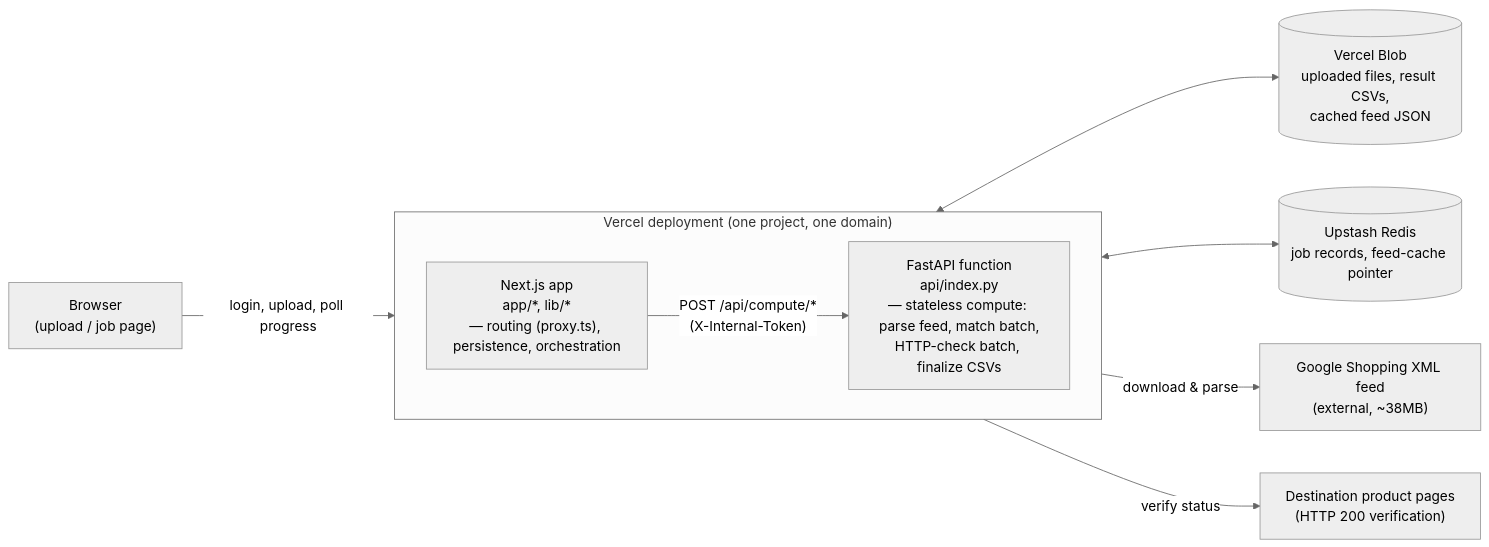
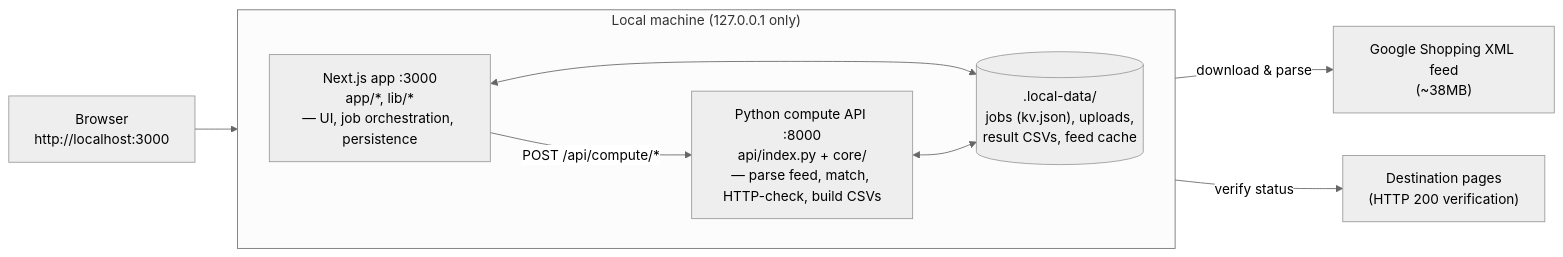
The diagram in README.md (fabricio-hunt/vtex-seo-redirect-automation), drawn with Mermaid (neutral theme) before and after one commit. The commit also changed other lines of this file and 51 other files, not shown here.

Commit message:
refactor: untangle codebase, consolidate storage into jobStore, centralize matching rules, and organize input/output directories

````diff
--- a/README.md
+++ b/README.md
@@ -22,22 +21,21 @@
 ```mermaid
 flowchart LR
-    Browser["Browser<br/>(upload / job page)"]
+    Browser["Browser<br/>http://localhost:3000"]
 
-    subgraph Vercel["Vercel deployment (one project, one domain)"]
+    subgraph Local["Local machine (127.0.0.1 only)"]
         direction LR
-        NextJS["Next.js app<br/>app/*, lib/*<br/>— routing (proxy.ts), persistence, orchestration"]
-        FastAPI["FastAPI function<br/>api/index.py<br/>— stateless compute: parse feed, match batch,<br/>HTTP-check batch, finalize CSVs"]
-        NextJS -- "POST /api/compute/*<br/>(X-Internal-Token)" --> FastAPI
+        NextJS["Next.js app :3000<br/>app/*, lib/*<br/>— UI, job orchestration, persistence"]
+        FastAPI["Python compute API :8000<br/>api/index.py + core/<br/>— parse feed, match, HTTP-check, build CSVs"]
+        Disk[(".local-data/<br/>jobs (kv.json), uploads,<br/>result CSVs, feed cache")]
+        NextJS -- "POST /api/compute/*" --> FastAPI
+        NextJS <--> Disk
+        FastAPI <--> Disk
     end
 
-    Blob[("Vercel Blob<br/>uploaded files, result CSVs,<br/>cached feed JSON")]
-    Redis[("Upstash Redis<br/>job records, feed-cache pointer")]
-    Feed["Google Shopping XML feed<br/>(external, ~38MB)"]
-    VTEX["Destination product pages<br/>(HTTP 200 verification)"]
+    Feed["Google Shopping XML feed<br/>(~38MB)"]
+    Store["Destination pages<br/>(HTTP 200 verification)"]
 
-    Browser -- "login, upload, poll progress" --> NextJS
-    NextJS <--> Blob
-    NextJS <--> Redis
+    Browser --> NextJS
     FastAPI -- "download & parse" --> Feed
-    FastAPI -- "verify status" --> VTEX
+    FastAPI -- "verify status" --> Store
 ```
````
